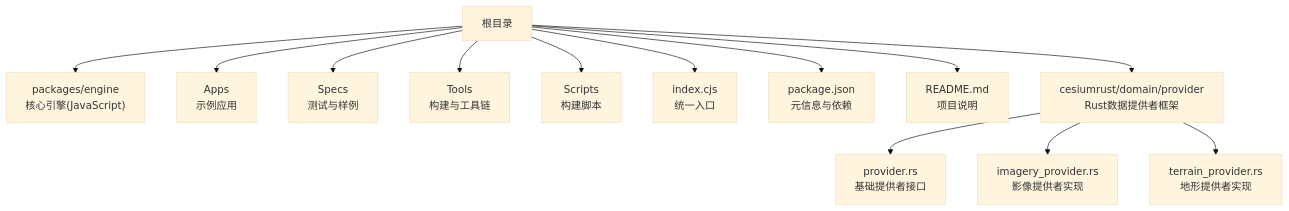
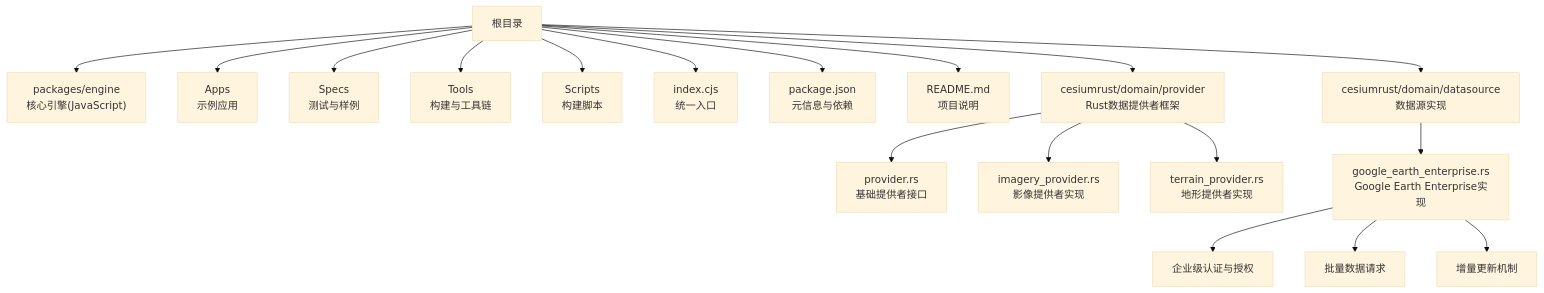
One commit to rzhangjing/cesium changed the first of 7 diagrams in .qoder/repowiki/zh/content/数据提供者/数据提供者架构.md. Above: the diagram before and after it, drawn with Mermaid (base theme). The commit also changed other lines of this file and 32 other files, not shown here.

````diff
--- a/.qoder/repowiki/zh/content/数据提供者/数据提供者架构.md
+++ b/.qoder/repowiki/zh/content/数据提供者/数据提供者架构.md
@@ -45,15 +47,20 @@
 ```mermaid
 graph TB
 A["根目录"] --> B["packages/engine<br/>核心引擎(JavaScript)"]
 A --> C["Apps<br/>示例应用"]
 A --> D["Specs<br/>测试与样例"]
 A --> E["Tools<br/>构建与工具链"]
 A --> F["Scripts<br/>构建脚本"]
 A --> G["index.cjs<br/>统一入口"]
 A --> H["package.json<br/>元信息与依赖"]
 A --> I["README.md<br/>项目说明"]
 A --> J["cesiumrust/domain/provider<br/>Rust数据提供者框架"]
-J --> K["provider.rs<br/>基础提供者接口"]
-J --> L["imagery_provider.rs<br/>影像提供者实现"]
-J --> M["terrain_provider.rs<br/>地形提供者实现"]
+A --> K["cesiumrust/domain/datasource<br/>数据源实现"]
+J --> L["provider.rs<br/>基础提供者接口"]
+J --> M["imagery_provider.rs<br/>影像提供者实现"]
+J --> N["terrain_provider.rs<br/>地形提供者实现"]
+K --> O["google_earth_enterprise.rs<br/>Google Earth Enterprise实现"]
+O --> P["企业级认证与授权"]
+O --> Q["批量数据请求"]
+O --> R["增量更新机制"]
 ```
````
